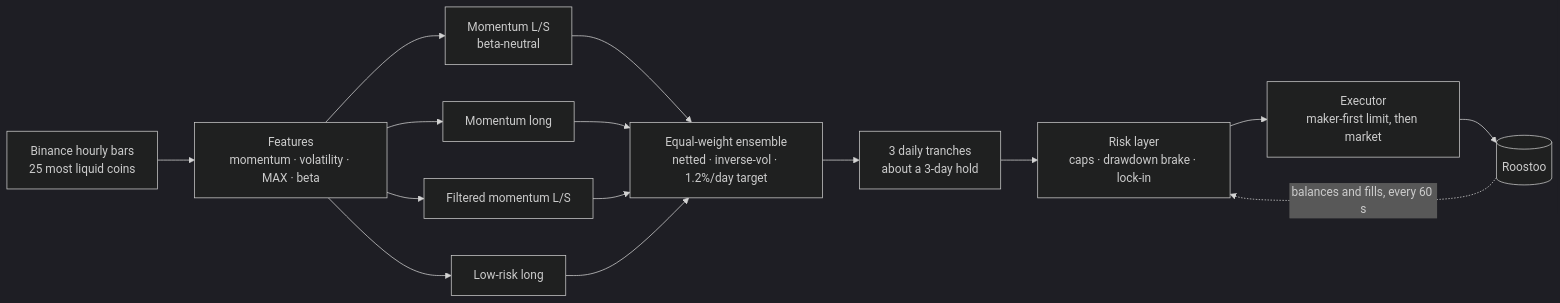
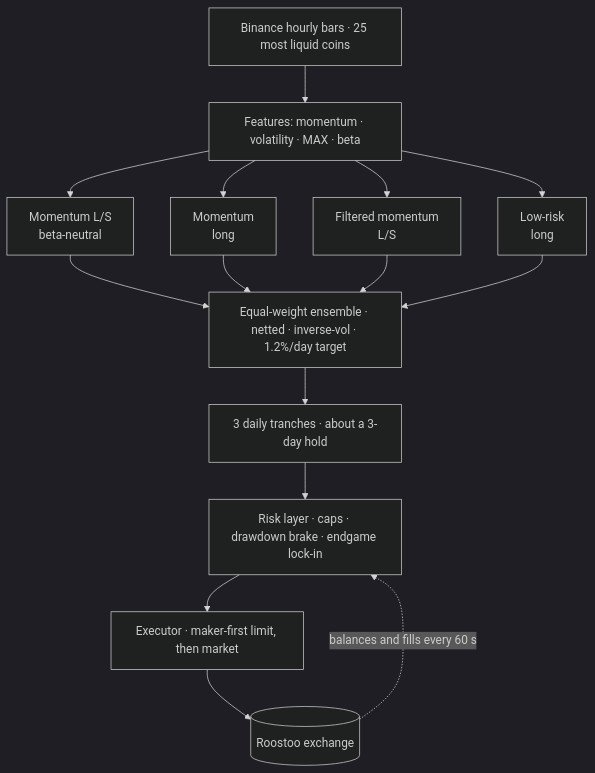
Before and after one commit to wildwolf07/Roostoo-QT: the diagram in README.md, drawn with Mermaid (dark theme).

Commit message:
README: top-down pipeline diagram (readable in GitHub's column)

````diff
--- a/README.md
+++ b/README.md
@@ -62,14 +62,14 @@
 ```mermaid
-flowchart LR
-    A["Binance hourly bars<br/>25 most liquid coins"] --> B["Features<br/>momentum · volatility · MAX · beta"]
+flowchart TB
+    A["Binance hourly bars · 25 most liquid coins"] --> B["Features: momentum · volatility · MAX · beta"]
     B --> C1["Momentum L/S<br/>beta-neutral"]
-    B --> C2["Momentum long"]
-    B --> C3["Filtered momentum L/S"]
-    B --> C4["Low-risk long"]
-    C1 & C2 & C3 & C4 --> D["Equal-weight ensemble<br/>netted · inverse-vol · 1.2%/day target"]
-    D --> E["3 daily tranches<br/>about a 3-day hold"]
-    E --> F["Risk layer<br/>caps · drawdown brake · lock-in"]
-    F --> G["Executor<br/>maker-first limit, then market"]
-    G --> H[("Roostoo")]
-    H -. "balances and fills, every 60 s" .-> F
+    B --> C2["Momentum<br/>long"]
+    B --> C3["Filtered momentum<br/>L/S"]
+    B --> C4["Low-risk<br/>long"]
+    C1 & C2 & C3 & C4 --> D["Equal-weight ensemble · netted · inverse-vol · 1.2%/day target"]
+    D --> E["3 daily tranches · about a 3-day hold"]
+    E --> F["Risk layer · caps · drawdown brake · endgame lock-in"]
+    F --> G["Executor · maker-first limit, then market"]
+    G --> H[("Roostoo exchange")]
+    H -. "balances and fills every 60 s" .-> F
 ```
````
